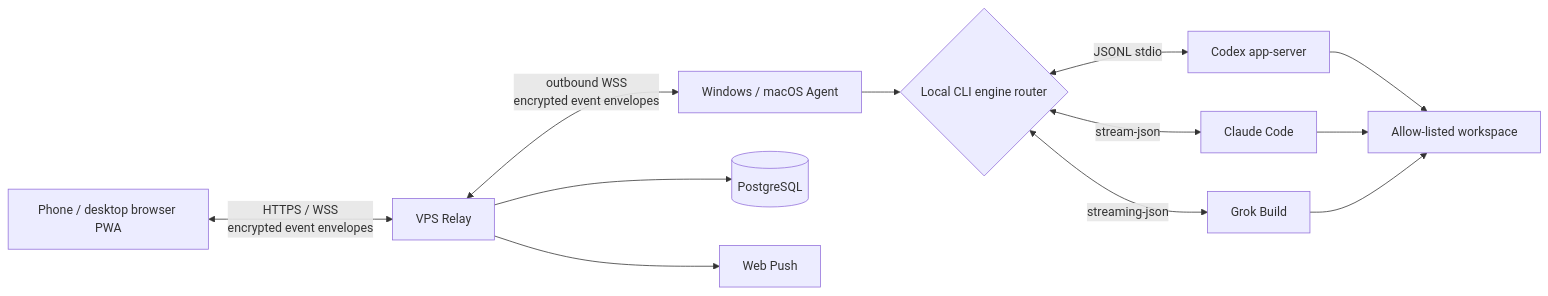
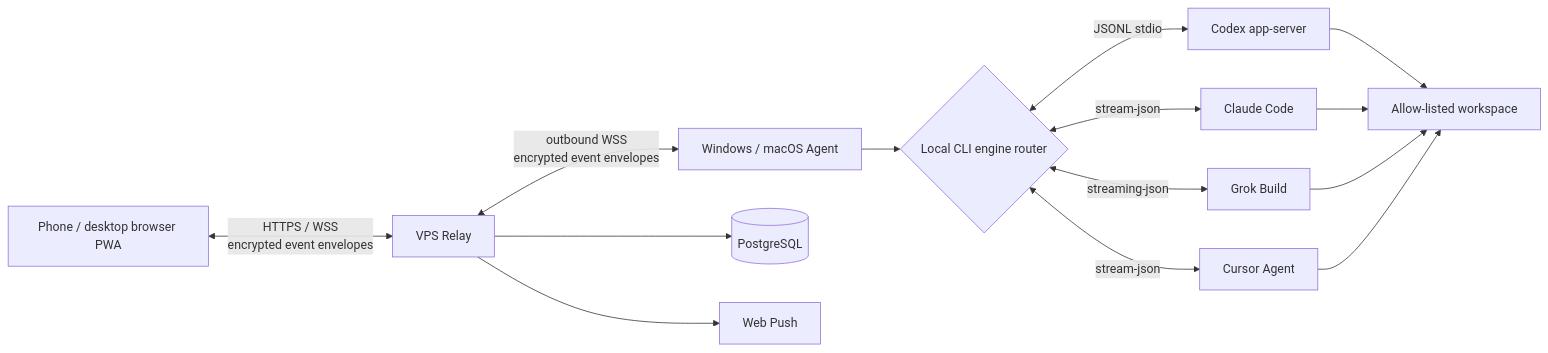
One commit to demonrain/anytimevibe changed the diagram in README.en.md. Above: the diagram before and after it, drawn with Mermaid. The commit also changed other lines of this file and 1 other file, not shown here.

Commit message:
docs: document Cursor Agent CLI as the fourth coding engine

````diff
--- a/README.en.md
+++ b/README.en.md
@@ -101,14 +102,16 @@
 ```mermaid
 flowchart LR
     PWA[Phone / desktop browser PWA] <-->|HTTPS / WSS<br/>encrypted event envelopes| Relay[VPS Relay]
     Relay <-->|outbound WSS<br/>encrypted event envelopes| Agent[Windows / macOS Agent]
     Agent --> Router{Local CLI engine router}
     Router <-->|JSONL stdio| Codex[Codex app-server]
     Router <-->|stream-json| Claude[Claude Code]
     Router <-->|streaming-json| Grok[Grok Build]
+    Router <-->|stream-json| Cursor[Cursor Agent]
     Codex --> Workspace[Allow-listed workspace]
     Claude --> Workspace
     Grok --> Workspace
+    Cursor --> Workspace
     Relay --> DB[(PostgreSQL)]
     Relay --> Push[Web Push]
 ```
````
